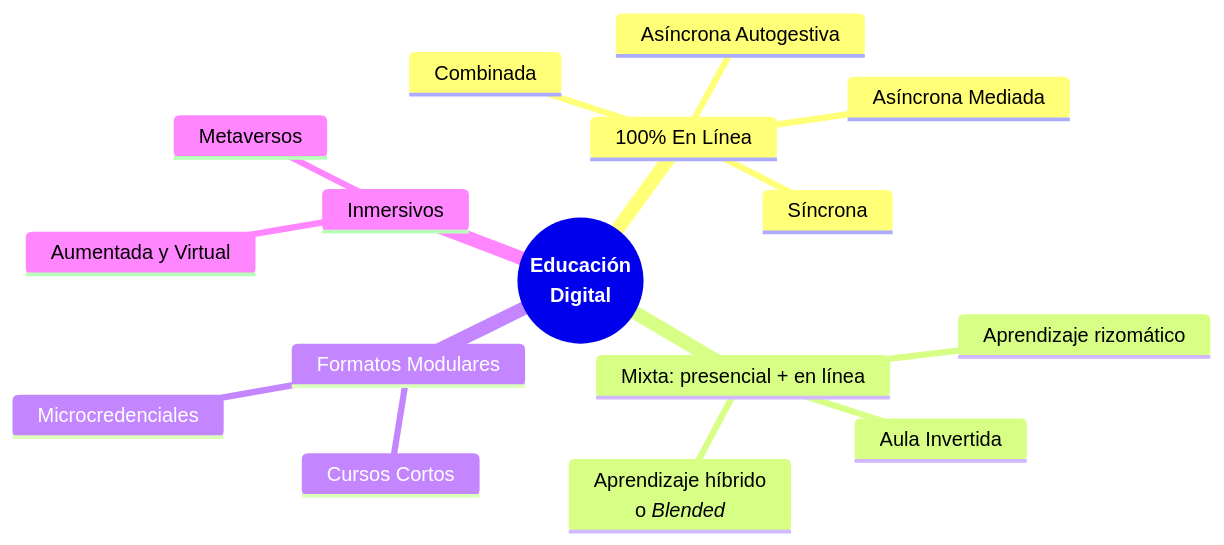
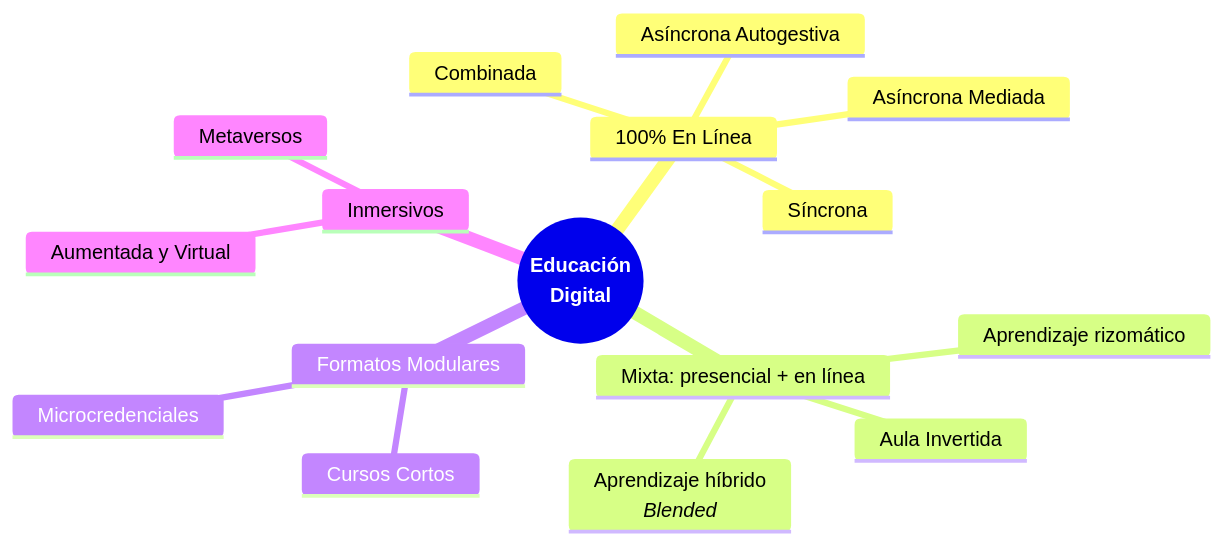
One commit to arqueon/aprendizaje-ia changed the diagram in content/ia-educacion/que-es-la-educacion-digital.md. Above: the diagram before and after it, drawn with Mermaid. The commit also changed other lines of this file and 2 other files, not shown here.

Commit message:
refactor: update education digital conceptual framework and taxonomies with improved styling and custom CSS support

```diff
--- a/content/ia-educacion/que-es-la-educacion-digital.md
+++ b/content/ia-educacion/que-es-la-educacion-digital.md
@@ -73,19 +95,19 @@
 {{< mermaid >}}
 mindmap
-  root((**Educación <br/>Digital**))
+  root((**Educación<br/> Digital**))
     100% En Línea
       Síncrona
       Asíncrona Autogestiva
       Asíncrona Mediada
       Combinada
     Mixta: presencial + en línea
       Aula Invertida
-      Aprendizaje híbrido<br/>o *Blended*
+      Aprendizaje híbrido<br/>*Blended*
       Aprendizaje rizomático
     Formatos Modulares
       Microcredenciales
       Cursos Cortos
     Inmersivos
       Aumentada y Virtual 
       Metaversos 
 {{< /mermaid >}}
```
